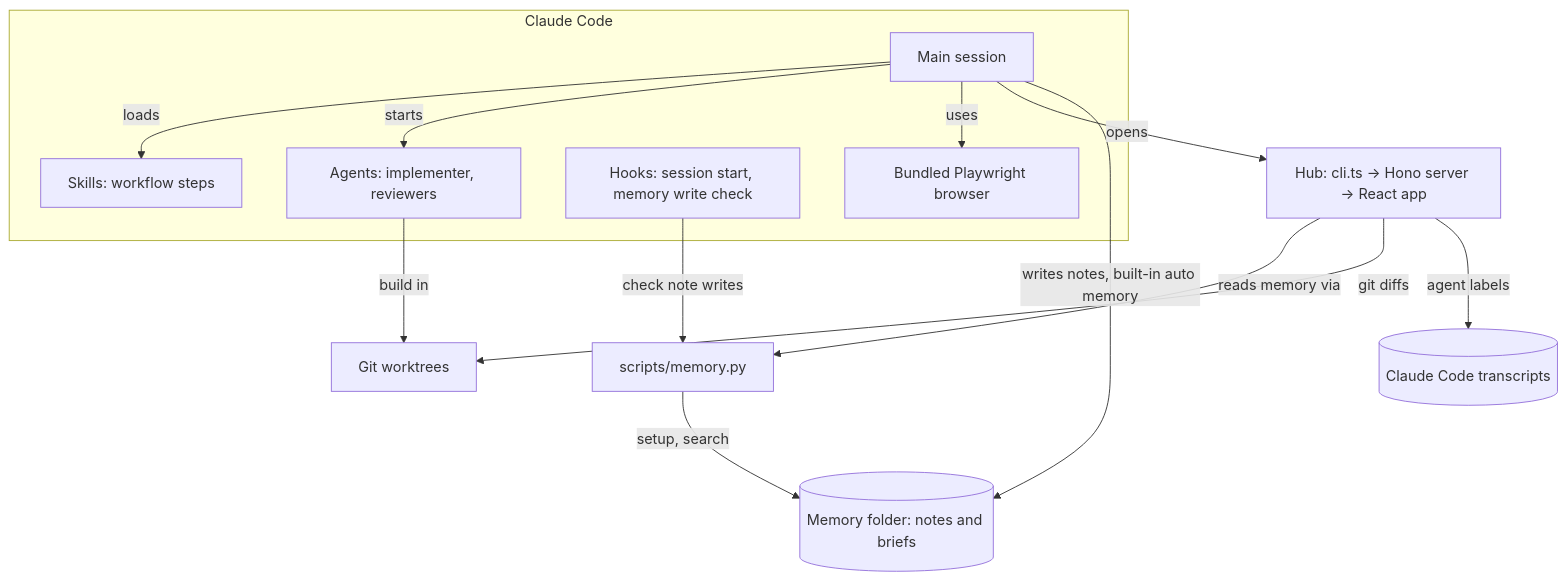
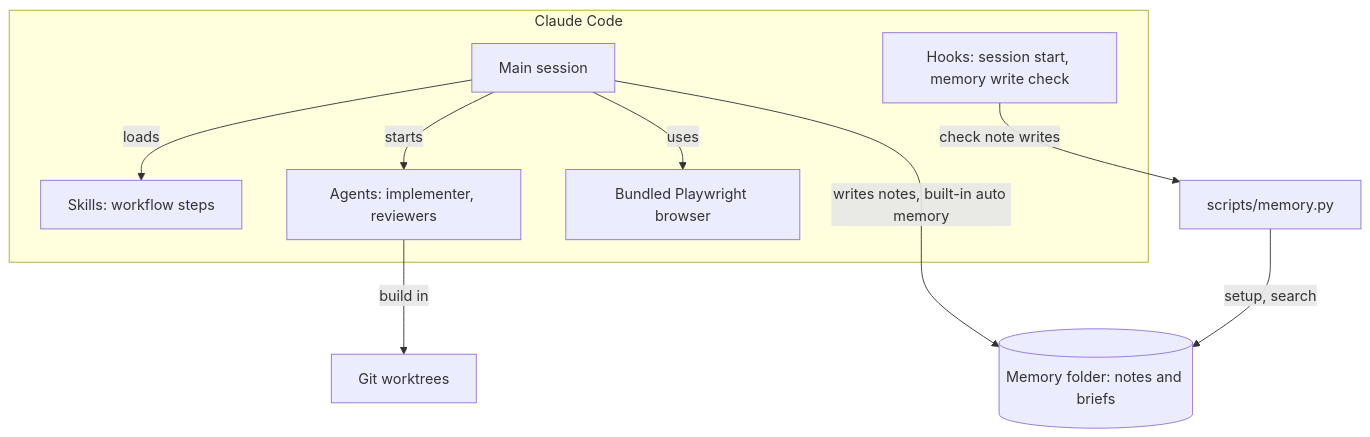
Before and after one commit to sushanpth/talk-first-workflow: the diagram in README.md, drawn with Mermaid. The commit also changed other lines of this file and 12 other files, not shown here.

````diff
--- a/README.md
+++ b/README.md
@@ -43,27 +29,21 @@
 ```mermaid
 flowchart TB
     subgraph CC[Claude Code]
         Main[Main session]
         Skills[Skills: workflow steps]
         Agents[Agents: implementer, reviewers]
         Hooks[Hooks: session start, memory write check]
         Browser[Bundled Playwright browser]
     end
     Worktrees[Git worktrees]
     MemPy[scripts/memory.py]
     Memory[(Memory folder: notes and briefs)]
-    Hub["Hub: cli.ts → Hono server → React app"]
-    Transcripts[(Claude Code transcripts)]
 
     Main -- loads --> Skills
     Main -- starts --> Agents
     Main -- uses --> Browser
-    Main -- opens --> Hub
     Main -- writes notes, built-in auto memory --> Memory
     Agents -- build in --> Worktrees
     Hooks -- check note writes --> MemPy
     MemPy -- setup, search --> Memory
-    Hub -- reads memory via --> MemPy
-    Hub -- git diffs --> Worktrees
-    Hub -- agent labels --> Transcripts
 ```
````
